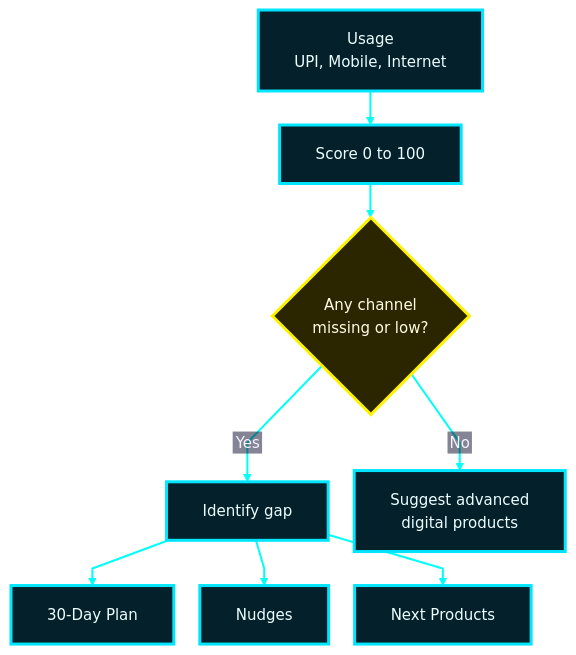
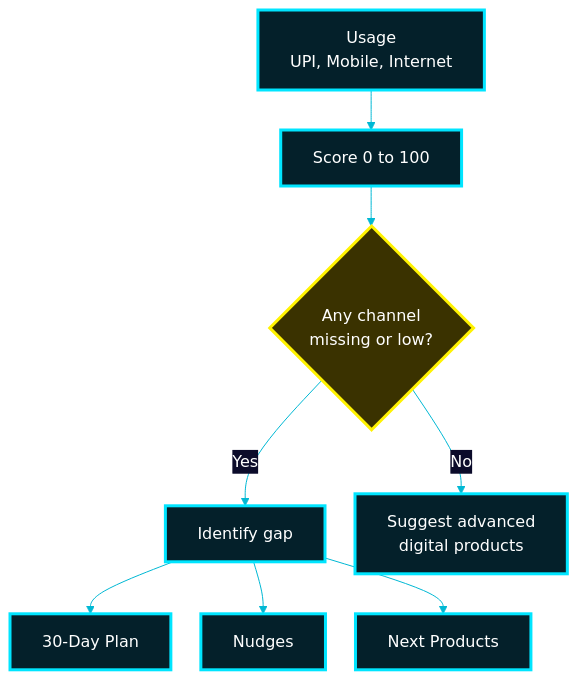
Before and after one commit to Mansi232323/MANSHORA: diagram 12 of 17 in README.md, drawn with Mermaid. The commit also changed other lines of this file, not shown here.

````diff
--- a/README.md
+++ b/README.md
@@ -445,16 +434,15 @@
 ```mermaid
-%%{init: {'theme':'base','themeVariables':{'fontSize':'15px','fontFamily':'Arial, Helvetica, sans-serif','primaryColor':'#0b0b2a','primaryTextColor':'#f5f3ff','primaryBorderColor':'#b026ff','lineColor':'#00fff7','textColor':'#f5f3ff','edgeLabelBackground':'#0b0b2a'},'flowchart':{'htmlLabels':false,'nodeSpacing':26,'rankSpacing':34,'padding':18,'curve':'linear'}}}%%
+%%{init: {'theme':'base','themeVariables':{'fontSize':'16px','fontFamily':'Arial, Helvetica, sans-serif','primaryColor':'#0b0b2a','primaryTextColor':'#ffffff','primaryBorderColor':'#b026ff','lineColor':'#00b8d4','textColor':'#ffffff','edgeLabelBackground':'#0b0b2a'},'flowchart':{'htmlLabels':true,'nodeSpacing':30,'rankSpacing':40,'padding':16,'curve':'basis','wrappingWidth':240,'useMaxWidth':true}}}%%
 flowchart TD
     U["Usage<br/>UPI, Mobile, Internet"] --> SC["Score 0 to 100"]
     SC --> D{"Any channel<br/>missing or low?"}
     D -- "Yes" --> GP["Identify gap"]
     D -- "No" --> NX["Suggest advanced<br/>digital products"]
     GP --> P["30-Day Plan"]
     GP --> N["Nudges"]
     GP --> X["Next Products"]
-    classDef a fill:#04202a,stroke:#00e5ff,stroke-width:3px,color:#ecfeff
-    classDef d fill:#2b2600,stroke:#fff200,stroke-width:3px,color:#fffbe6
+    classDef a fill:#04202a,stroke:#00e5ff,stroke-width:3px,color:#ffffff
+    classDef d fill:#3a3200,stroke:#fff200,stroke-width:3px,color:#ffffff
     class U,SC,GP,NX,P,N,X a
     class D d
-    linkStyle default fill:none,stroke:#00fff7,stroke-width:2px
 ```
````
